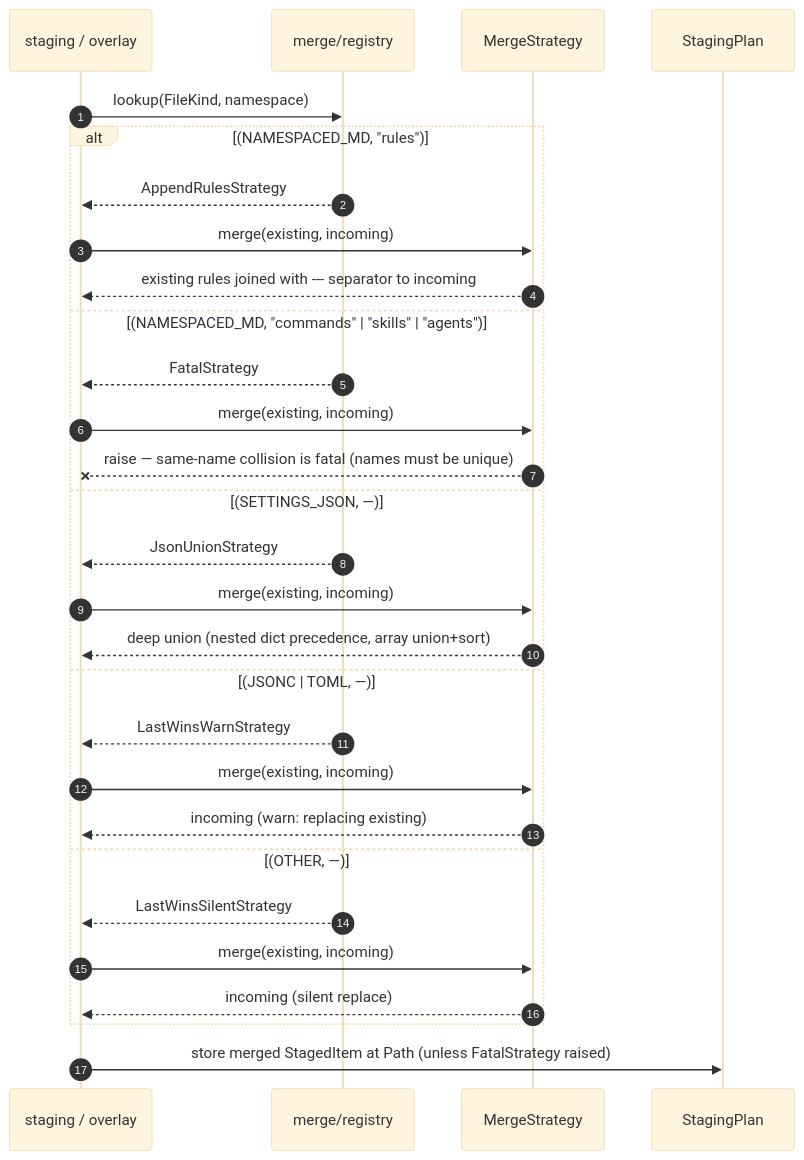
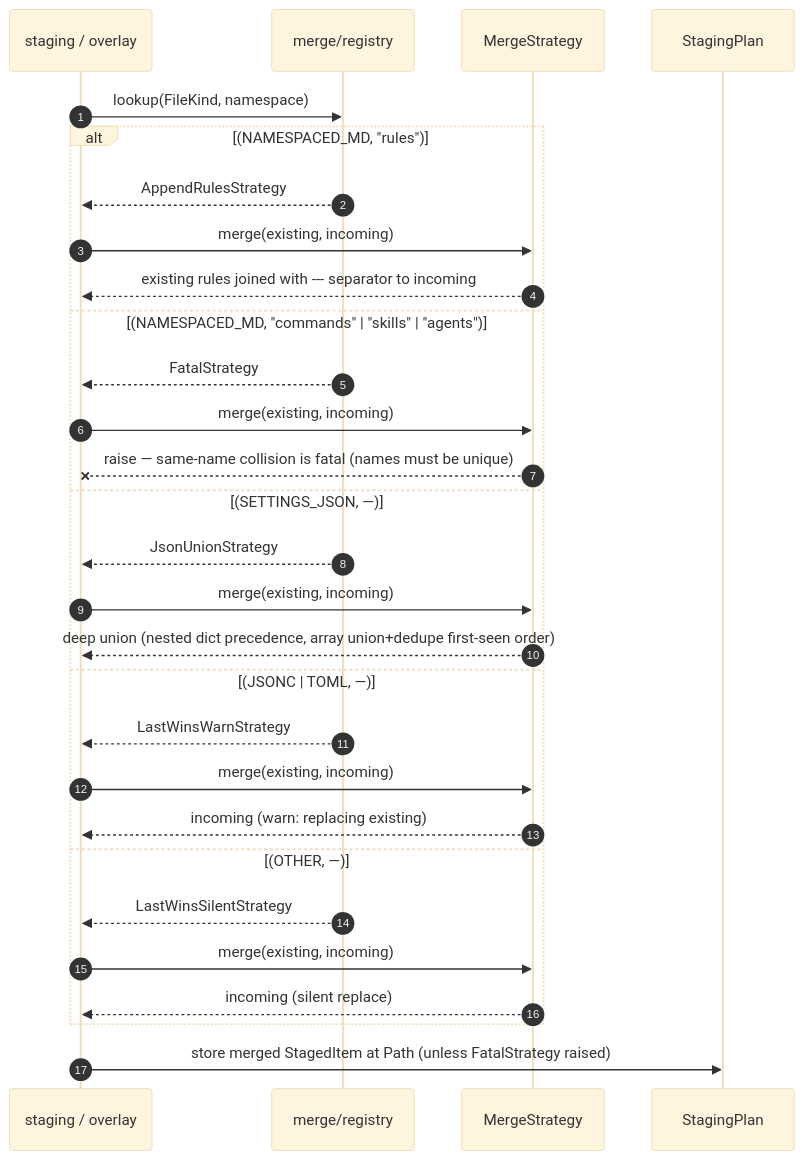
Before and after one commit to scotthamilton77/agents-config: the second of 4 diagrams in docs/architecture/installer/sequences.md, drawn with Mermaid (base theme). The commit also changed other lines of this file and 7 other files, not shown here.

First line of the commit message:
docs(9k9.215.5): installer architecture docs match the code they nominate as authority (#547)

````diff
--- a/docs/architecture/installer/sequences.md
+++ b/docs/architecture/installer/sequences.md
@@ -142,34 +171,34 @@
 ```mermaid
 sequenceDiagram
     autonumber
     participant Caller as staging / overlay
     participant Reg as merge/registry
     participant Strat as MergeStrategy
     participant Plan as StagingPlan
 
     Caller->>Reg: lookup(FileKind, namespace)
 
     alt (NAMESPACED_MD, "rules")
         Reg-->>Caller: AppendRulesStrategy
         Caller->>Strat: merge(existing, incoming)
         Strat-->>Caller: existing rules joined with --- separator to incoming
     else (NAMESPACED_MD, "commands" | "skills" | "agents")
         Reg-->>Caller: FatalStrategy
         Caller->>Strat: merge(existing, incoming)
         Strat--xCaller: raise — same-name collision is fatal (names must be unique)
     else (SETTINGS_JSON, —)
         Reg-->>Caller: JsonUnionStrategy
         Caller->>Strat: merge(existing, incoming)
-        Strat-->>Caller: deep union (nested dict precedence, array union+sort)
+        Strat-->>Caller: deep union (nested dict precedence, array union+dedupe first-seen order)
     else (JSONC | TOML, —)
         Reg-->>Caller: LastWinsWarnStrategy
         Caller->>Strat: merge(existing, incoming)
         Strat-->>Caller: incoming (warn: replacing existing)
     else (OTHER, —)
         Reg-->>Caller: LastWinsSilentStrategy
         Caller->>Strat: merge(existing, incoming)
         Strat-->>Caller: incoming (silent replace)
     end
 
     Caller->>Plan: store merged StagedItem at Path (unless FatalStrategy raised)
 ```
````
